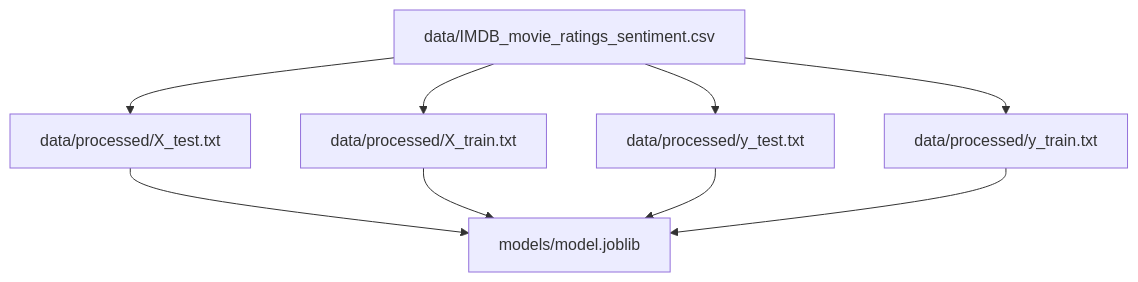
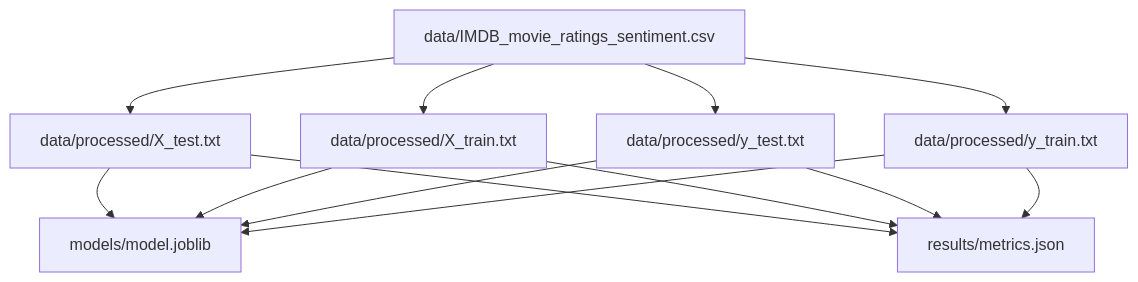
One commit to PacktPublishing/Open-Source-MLOps-with-DVC-and-CML changed the diagram in README.md. Above: the diagram before and after it, drawn with Mermaid. The commit also changed other lines of this file and 4 other files, not shown here.

````diff
--- a/README.md
+++ b/README.md
@@ -23,17 +29,22 @@
 ```mermaid
 flowchart TD
 	node1["data/IMDB_movie_ratings_sentiment.csv"]
 	node2["data/processed/X_test.txt"]
 	node3["data/processed/X_train.txt"]
 	node4["data/processed/y_test.txt"]
 	node5["data/processed/y_train.txt"]
 	node6["models/model.joblib"]
+	node7["results/metrics.json"]
 	node1-->node2
 	node1-->node3
 	node1-->node4
 	node1-->node5
 	node2-->node6
+	node2-->node7
 	node3-->node6
+	node3-->node7
 	node4-->node6
+	node4-->node7
 	node5-->node6
+	node5-->node7
 ```
````
